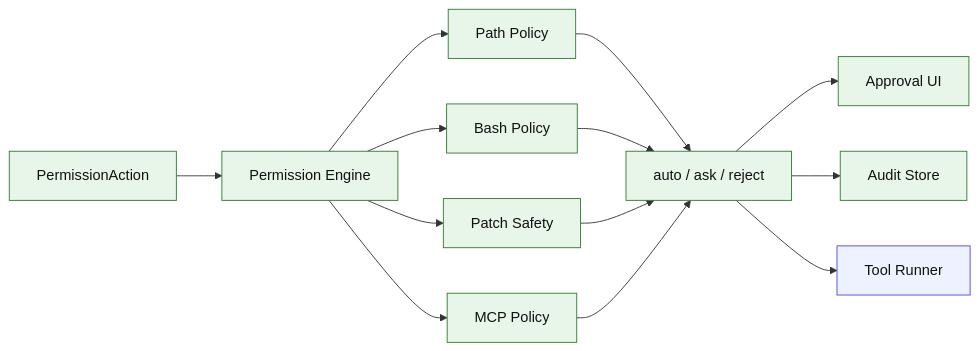
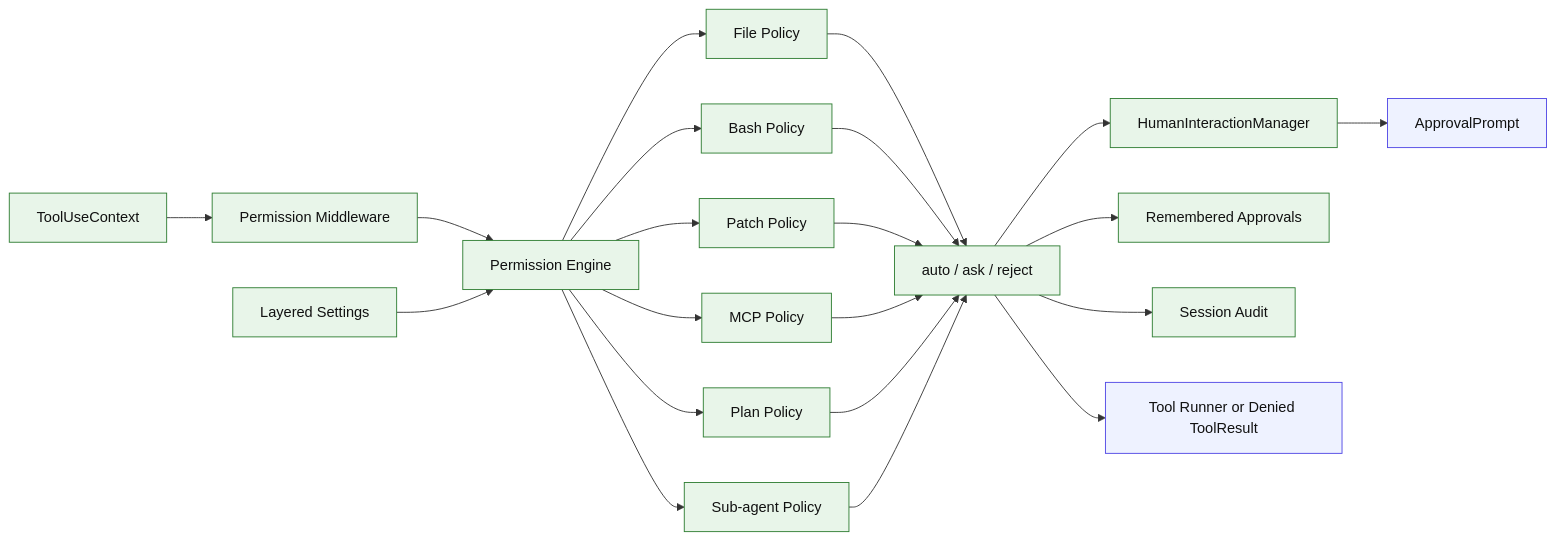
One commit to 1330482928/kai-code-agent changed the diagram in code-agent-roadmap/stages/stage-12-permission.md. Above: the diagram before and after it, drawn with Mermaid. The commit also changed other lines of this file and 41 other files, not shown here.

Commit message:
docs(roadmap): refresh staged agent roadmap

````diff
--- a/code-agent-roadmap/stages/stage-12-permission.md
+++ b/code-agent-roadmap/stages/stage-12-permission.md
@@ -60,20 +63,28 @@
 ```mermaid
 flowchart LR
-  Action["PermissionAction"] --> Engine["Permission Engine"]
-  Engine --> Path["Path Policy"]
+  ToolUse["ToolUseContext"] --> Middleware["Permission Middleware"]
+  Middleware --> Engine["Permission Engine"]
+  Settings["Layered Settings"] --> Engine
+  Engine --> File["File Policy"]
   Engine --> Bash["Bash Policy"]
-  Engine --> Patch["Patch Safety"]
-  Engine --> Mcp["MCP Policy"]
-  Path --> Decision["auto / ask / reject"]
+  Engine --> Patch["Patch Policy"]
+  Engine --> MCP["MCP Policy"]
+  Engine --> Plan["Plan Policy"]
+  Engine --> Sub["Sub-agent Policy"]
+  File --> Decision["auto / ask / reject"]
   Bash --> Decision
   Patch --> Decision
-  Mcp --> Decision
-  Decision --> Approval["Approval UI"]
-  Decision --> Audit["Audit Store"]
-  Decision --> Tool["Tool Runner"]
+  MCP --> Decision
+  Plan --> Decision
+  Sub --> Decision
+  Decision --> Manager["HumanInteractionManager"]
+  Manager --> Approval["ApprovalPrompt"]
+  Decision --> Remember["Remembered Approvals"]
+  Decision --> Audit["Session Audit"]
+  Decision --> Tool["Tool Runner or Denied ToolResult"]
 
   classDef existing fill:#eef2ff,stroke:#4f46e5,color:#111;
   classDef new fill:#e8f5e9,stroke:#2e7d32,color:#111;
-  class Tool existing;
-  class Action,Engine,Path,Bash,Patch,Mcp,Decision,Approval,Audit new;
+  class Approval,Tool existing;
+  class ToolUse,Middleware,Settings,Engine,File,Bash,Patch,MCP,Plan,Sub,Decision,Manager,Remember,Audit new;
 ```
````
